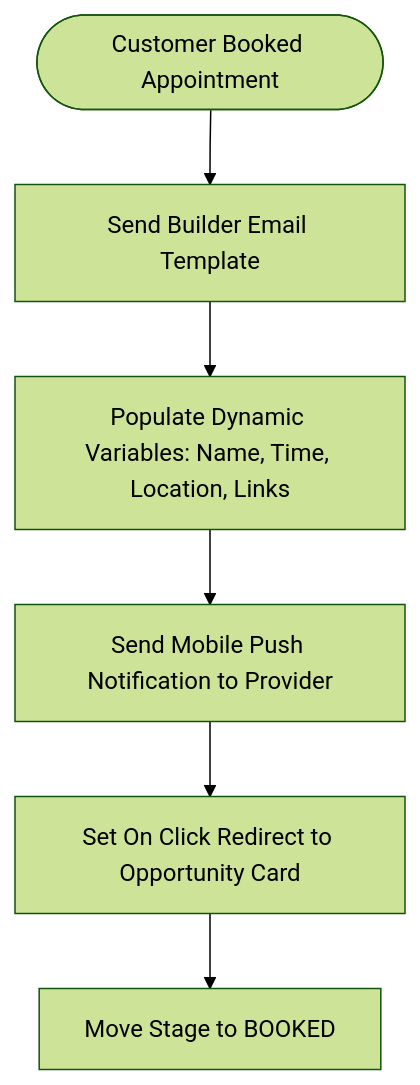
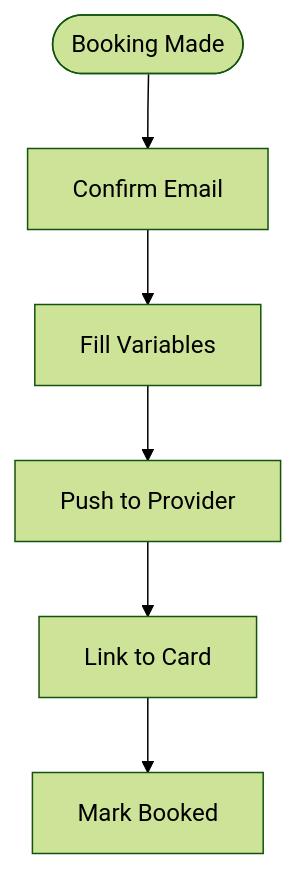
One commit to DerrickMits/ledger_article_site changed the fourth of 5 diagrams in content/articles/high-performance-gohighlevel-workflows.md. Above: the diagram before and after it, drawn with Mermaid (forest theme). The commit also changed other lines of this file, not shown here.

First line of the commit message:
Trim all mermaid node labels to max 3 words for perfect fit

````diff
--- a/content/articles/high-performance-gohighlevel-workflows.md
+++ b/content/articles/high-performance-gohighlevel-workflows.md
@@ -96,8 +96,8 @@
 ```mermaid
 flowchart TD
-    Trigger([Customer Booked Appointment]) --> Email[Send Builder Email Template]
-    Email --> Variables[Populate Dynamic Variables: Name, Time, Location, Links]
-    Variables --> AppPush[Send Mobile Push Notification to Provider]
-    AppPush --> Redirect[Set On Click Redirect to Opportunity Card]
-    Redirect --> Stage[Move Stage to BOOKED]
+    Trigger([Booking Made]) --> Email[Confirm Email]
+    Email --> Variables[Fill Variables]
+    Variables --> AppPush[Push to Provider]
+    AppPush --> Redirect[Link to Card]
+    Redirect --> Stage[Mark Booked]
 ```
````
